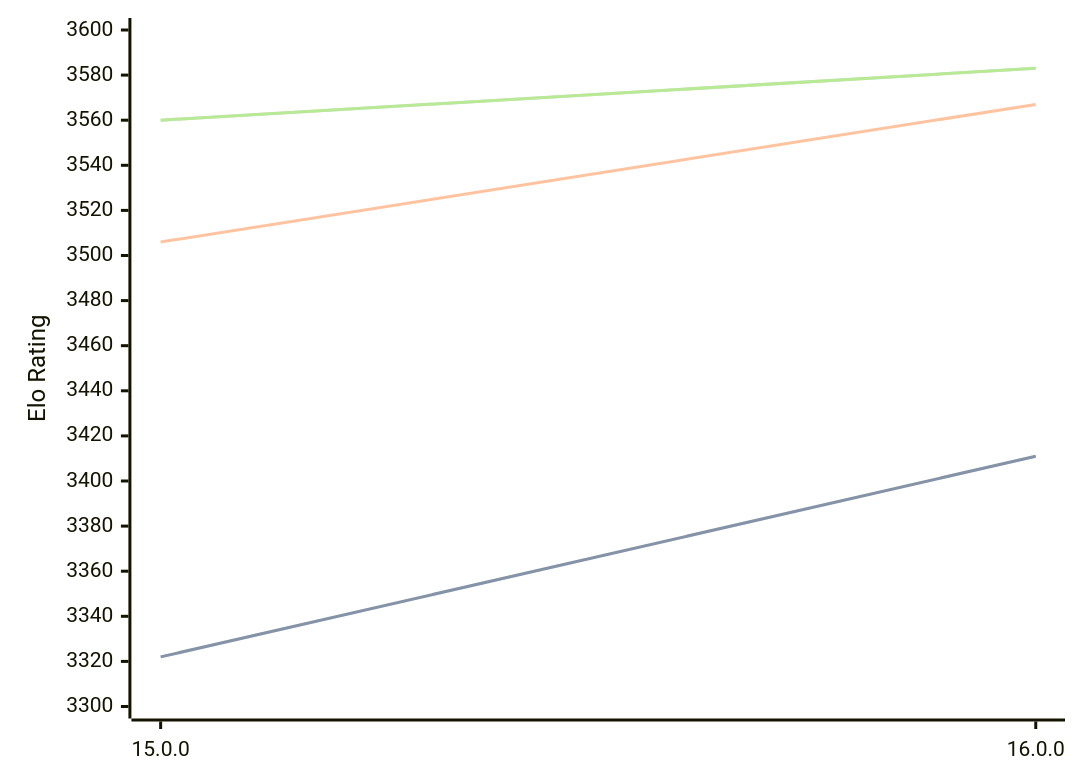
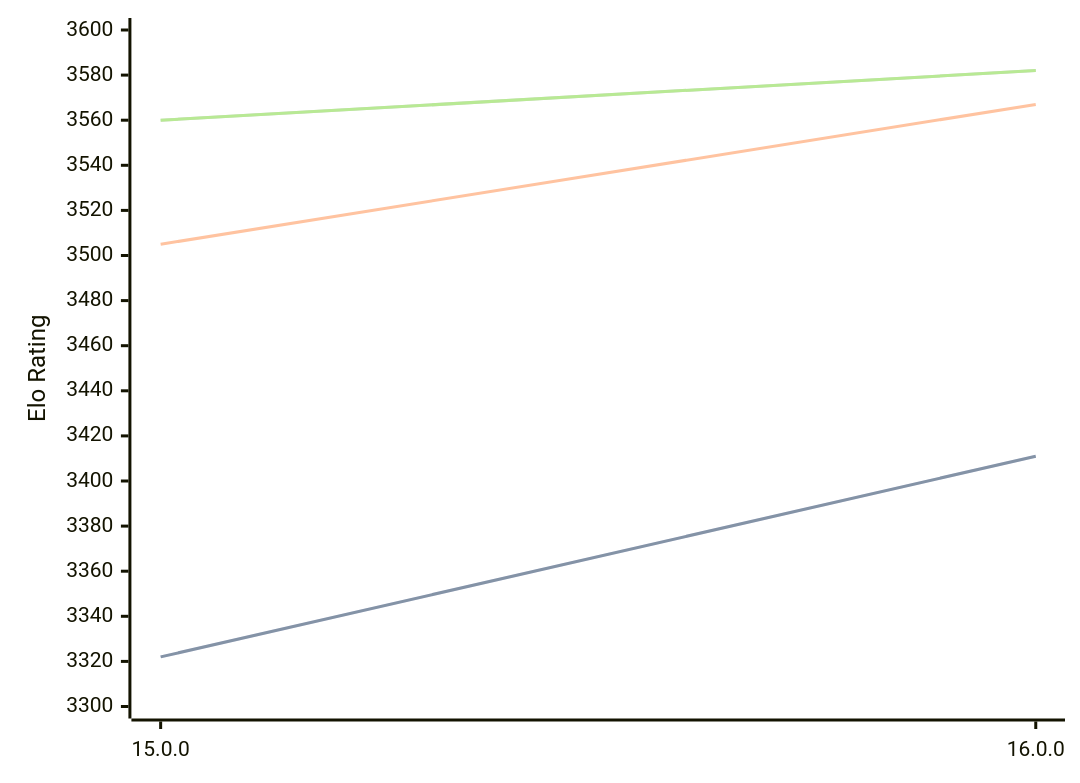
Before and after one commit to computer-chess-index/cci: the diagram in engines/Halogen.md, drawn with Mermaid. The commit also changed other lines of this file, not shown here.

Commit message:
Update CCI Ratings (ELO VLTC) - 2026-02-18

````diff
--- a/engines/Halogen.md
+++ b/engines/Halogen.md
@@ -47,11 +47,11 @@
 ```mermaid
 %%{init: {"theme":"base","themeVariables":{"seriesColors:['#a3a3a3','#222221','#faa371']}}}%%
 xychart-beta
   x-axis ["15.0.0", "16.0.0"]
   y-axis "Elo Rating" 3300 --> 3600
   line "STC (8.0+0.08s)" [3322, 3411]
   line "STC (8.0+0.08s)" [3322, 3411]
-  line "LTC (60.0+0.60s)" [3506, 3567]
-  line "VLTC (2m24s+1.12s)" [3560, 3583]
-  line "VLTC (2m24s+1.12s)" [3560, 3583]
+  line "LTC (60.0+0.60s)" [3505, 3567]
+  line "VLTC (2m24s+1.12s)" [3560, 3582]
+  line "VLTC (2m24s+1.12s)" [3560, 3582]
 ```
````
